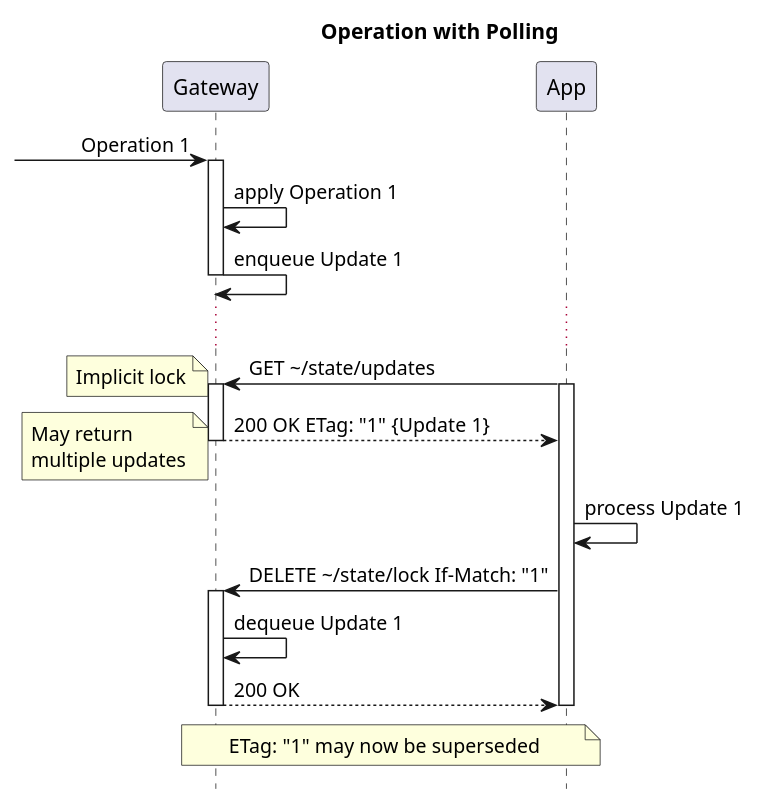
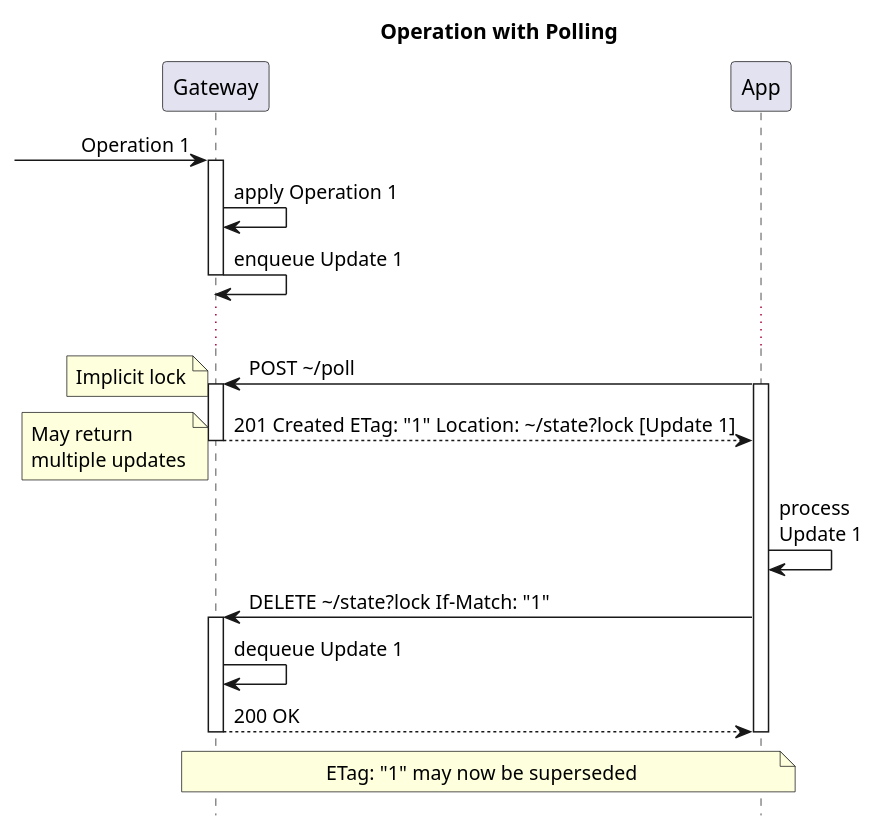
One commit to m-ld/m-ld-gateway changed the diagram in architecture/api/http/3-basic-polling.seq.puml. Above: the diagram before and after it, drawn with PlantUML. The commit also changed 30 other files, not shown here.

```diff
--- a/architecture/api/http/3-basic-polling.seq.puml
+++ b/architecture/api/http/3-basic-polling.seq.puml
@@ -1,27 +1,27 @@
 @startuml
 'https://plantuml.com/sequence-diagram
 !pragma teoz true
 hide footbox
 
 title: Operation with Polling
 
 participant Gateway as gw
 participant "App" as app
 
 -> gw ++: Operation 1
 gw -> gw: apply Operation 1
 gw -> gw --: enqueue Update 1
 ...
-app -> gw ++: GET \~/state/updates
+app -> gw ++: POST \~/poll
 activate app
 note left: Implicit lock
-return 200 OK ETag: "1" {Update 1}
+return 201 Created ETag: "1" Location: \~/state?lock [Update 1]
 note left: May return\nmultiple updates
-app -> app: process Update 1
-app -> gw ++: DELETE \~/state/lock If-Match: "1"
+app -> app: process\nUpdate 1
+app -> gw ++: DELETE \~/state?lock If-Match: "1"
 gw -> gw: dequeue Update 1
 return 200 OK
 deactivate app
 note across: ETag: "1" may now be superseded
 
 @enduml
```
